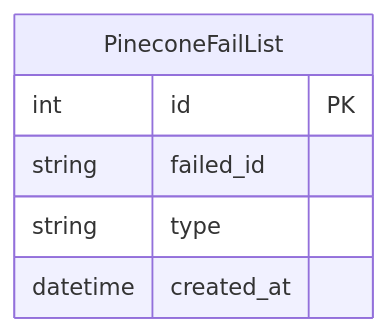
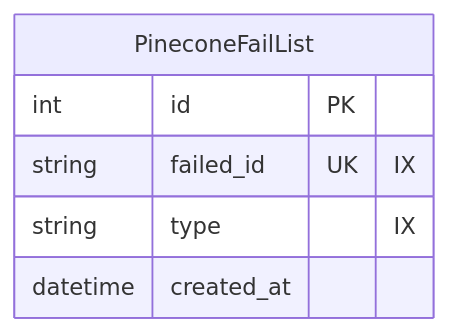
Diagram 11 of 11 in UnifiedDashboard/GoogleCloudSQLSchema/google_cloud_sql_schema.md (CppDigest/cppa-unified-dashboard), drawn with Mermaid before and after one commit. The commit also changed other lines of this file, not shown here.

Commit message:
#148 - Update the schema according to review feedback

````diff
--- a/UnifiedDashboard/GoogleCloudSQLSchema/google_cloud_sql_schema.md
+++ b/UnifiedDashboard/GoogleCloudSQLSchema/google_cloud_sql_schema.md
@@ -550,9 +623,9 @@
 ```mermaid
 erDiagram
     PineconeFailList {
         int id PK
-        string failed_id
-        string type
+        string failed_id UK "IX"
+        string type "IX"
         datetime created_at
     }
 ```
````
